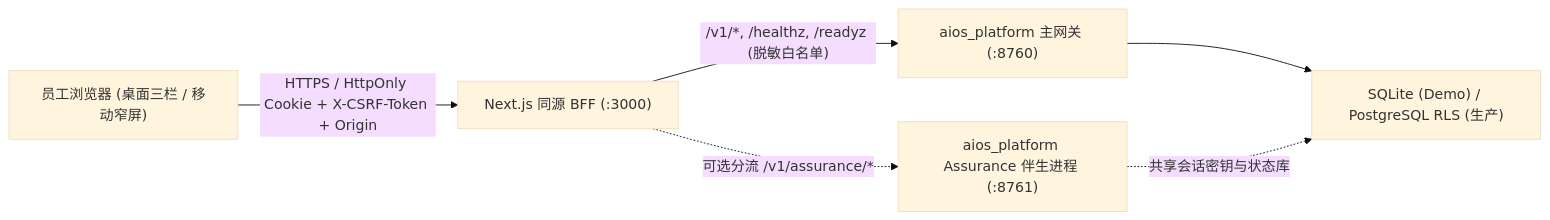
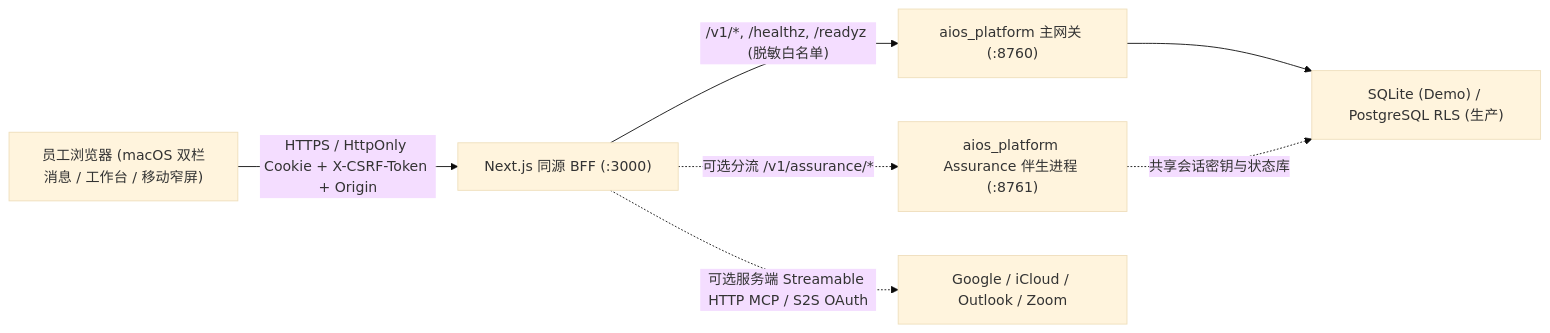
Before and after one commit to Doooo4love/sme-aios-demo: the diagram in docs/workbench-frontend.zh-CN.md, drawn with Mermaid (base theme). The commit also changed other lines of this file and 20 other files, not shown here.

````diff
--- a/docs/workbench-frontend.zh-CN.md
+++ b/docs/workbench-frontend.zh-CN.md
@@ -15,8 +15,9 @@
 ```mermaid
 flowchart LR
-    U["员工浏览器 (桌面三栏 / 移动窄屏)"] -->|"HTTPS / HttpOnly Cookie + X-CSRF-Token + Origin"| BFF["Next.js 同源 BFF (:3000)"]
+    U["员工浏览器 (macOS 双栏消息 / 工作台 / 移动窄屏)"] -->|"HTTPS / HttpOnly Cookie + X-CSRF-Token + Origin"| BFF["Next.js 同源 BFF (:3000)"]
     BFF -->|"/v1/*, /healthz, /readyz (脱敏白名单)"| API["aios_platform 主网关 (:8760)"]
     BFF -.->|"可选分流 /v1/assurance/*"| ASSUR["aios_platform Assurance 伴生进程 (:8761)"]
+    BFF -.->|"可选服务端 Streamable HTTP MCP / S2S OAuth"| MCP["Google / iCloud / Outlook / Zoom"]
     API --> DB["SQLite (Demo) / PostgreSQL RLS (生产)"]
     ASSUR -.->|"共享会话密钥与状态库"| DB
 ```
````
